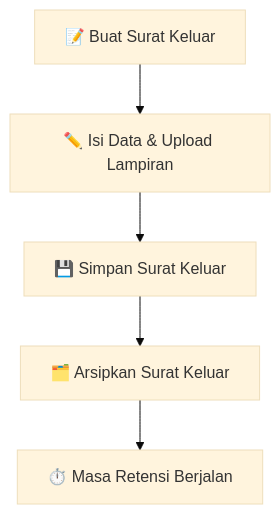
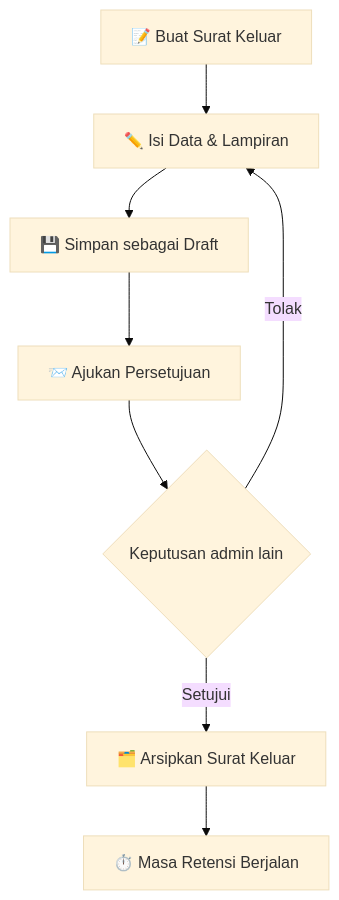
One commit to bayilaras/simsa-atrbpn changed the ninth of 9 diagrams in PANDUAN_PENGGUNAAN_SIMSA.md. Above: the diagram before and after it, drawn with Mermaid (base theme). The commit also changed other lines of this file, not shown here.

````diff
--- a/PANDUAN_PENGGUNAAN_SIMSA.md
+++ b/PANDUAN_PENGGUNAAN_SIMSA.md
@@ -971,7 +1059,10 @@
 ```mermaid
 flowchart TD
-    A["📝 Buat Surat Keluar"] --> B["✏️ Isi Data & Upload Lampiran"]
-    B --> C["💾 Simpan Surat Keluar"]
-    C --> E["🗂️ Arsipkan Surat Keluar"]
+    A["📝 Buat Surat Keluar"] --> B["✏️ Isi Data & Lampiran"]
+    B --> C["💾 Simpan sebagai Draft"]
+    C --> G["📨 Ajukan Persetujuan"]
+    G --> H{"Keputusan admin lain"}
+    H -->|Tolak| B
+    H -->|Setujui| E["🗂️ Arsipkan Surat Keluar"]
     E --> F["⏱️ Masa Retensi Berjalan"]
 ```
````
